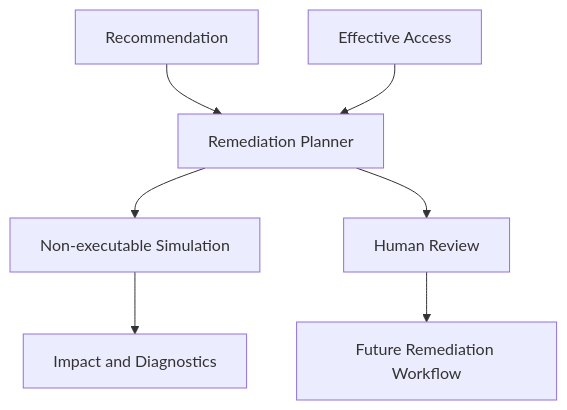
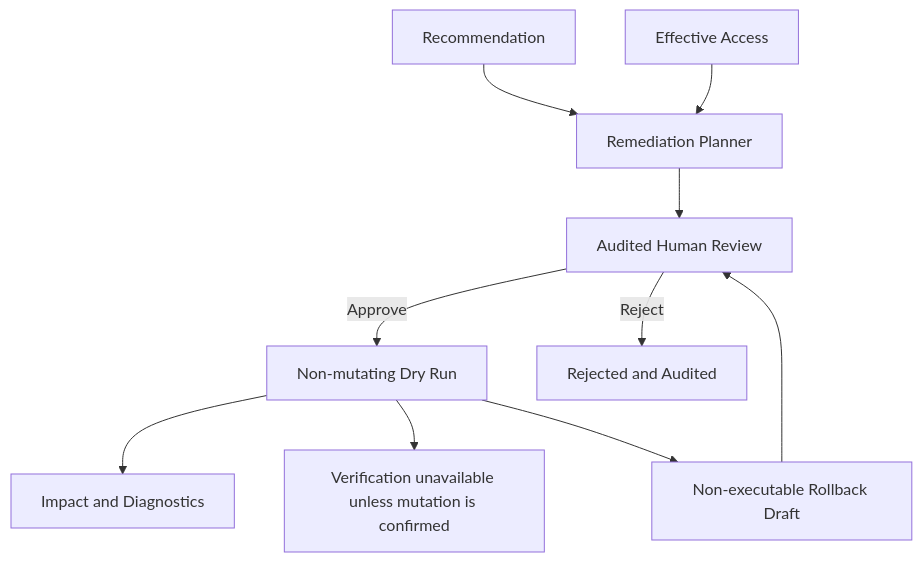
The diagram in docs/architecture/remediation-planning.md (Sharma18Kamal/yaskciem), drawn with Mermaid before and after one commit. The commit also changed other lines of this file and 117 other files, not shown here.

````diff
--- a/docs/architecture/remediation-planning.md
+++ b/docs/architecture/remediation-planning.md
@@ -5,9 +5,12 @@
 ```mermaid
 flowchart TD
     R[Recommendation] --> P[Remediation Planner]
     E[Effective Access] --> P
-    P --> S[Non-executable Simulation]
-    S --> I[Impact and Diagnostics]
-    P --> H[Human Review]
-    H --> F[Future Remediation Workflow]
+    P --> H[Audited Human Review]
+    H -->|Approve| D[Non-mutating Dry Run]
+    H -->|Reject| X[Rejected and Audited]
+    D --> I[Impact and Diagnostics]
+    D --> V[Verification unavailable unless mutation is confirmed]
+    D --> Rb[Non-executable Rollback Draft]
+    Rb --> H
 ```
````
